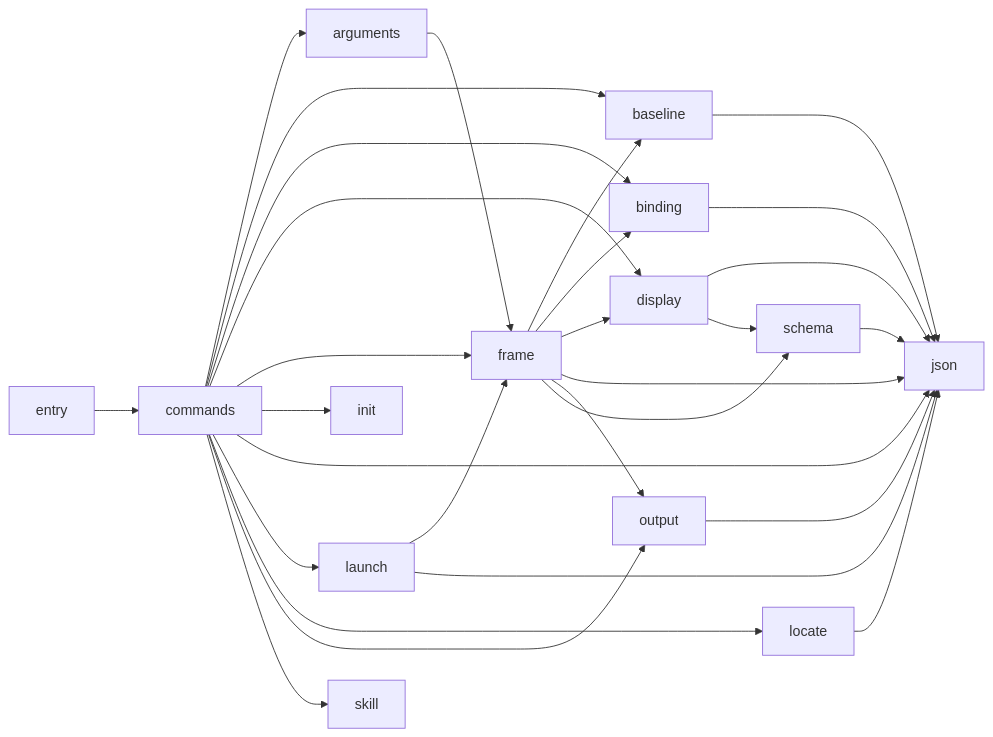
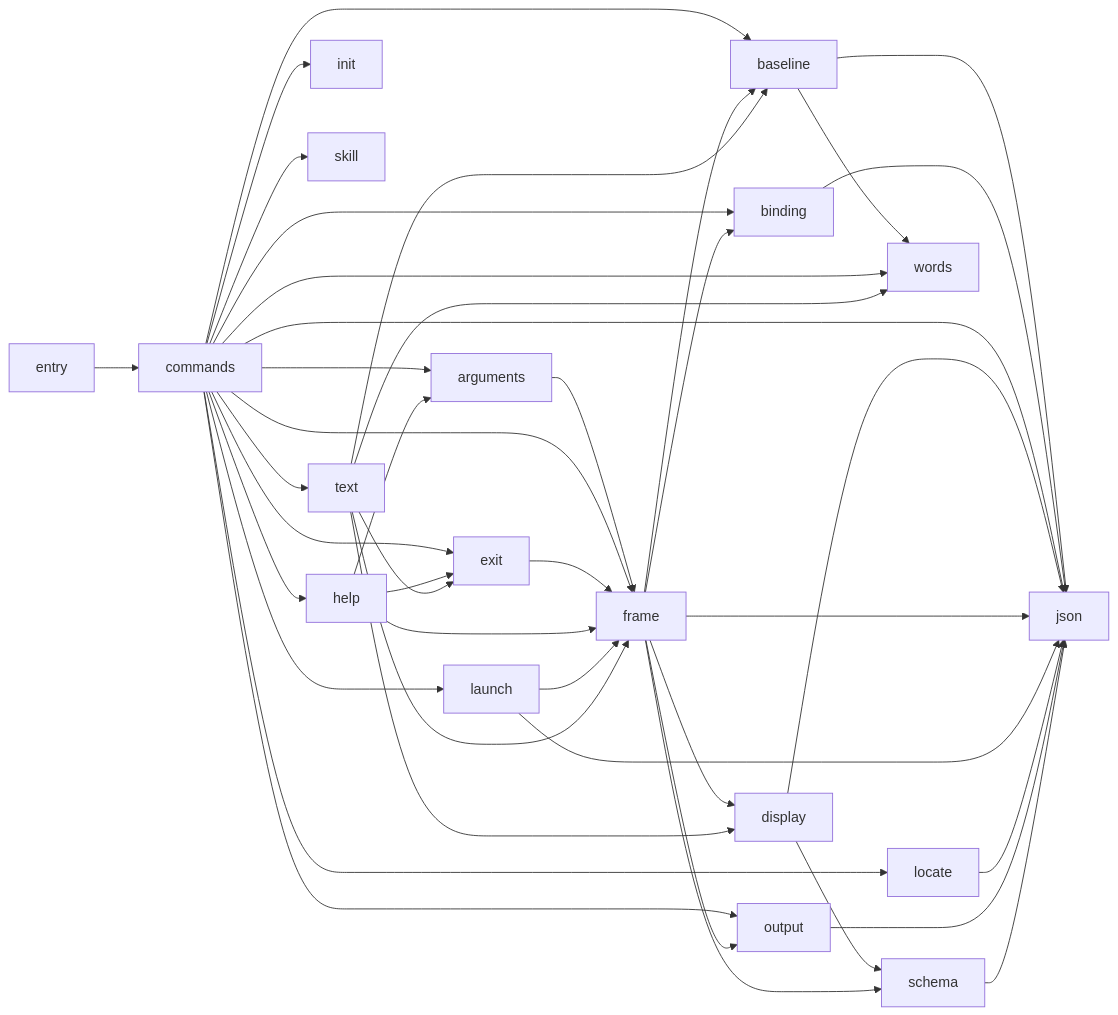
One commit to rapiddweller/archkeel changed the diagram in docs/architecture/shell.md. Above: the diagram before and after it, drawn with Mermaid. The commit also changed other lines of this file and 20 other files, not shown here.

Commit message:
Print one exit table, text for a person and a help for each command (AD-628, Part of #880)

````diff
--- a/docs/architecture/shell.md
+++ b/docs/architecture/shell.md
@@ -50,45 +54,62 @@
 ```mermaid
 flowchart LR
     n_0["arguments"]
     n_1["baseline"]
     n_2["binding"]
     n_3["commands"]
     n_4["display"]
     n_5["entry"]
-    n_6["frame"]
-    n_7["init"]
-    n_8["json"]
-    n_9["launch"]
-    n_10["locate"]
-    n_11["output"]
-    n_12["schema"]
-    n_13["skill"]
-    n_0 --> n_6
-    n_1 --> n_8
-    n_2 --> n_8
+    n_6["exit"]
+    n_7["frame"]
+    n_8["help"]
+    n_9["init"]
+    n_10["json"]
+    n_11["launch"]
+    n_12["locate"]
+    n_13["output"]
+    n_14["schema"]
+    n_15["skill"]
+    n_16["text"]
+    n_17["words"]
+    n_0 --> n_7
+    n_1 --> n_10
+    n_1 --> n_17
+    n_2 --> n_10
     n_3 --> n_0
     n_3 --> n_1
     n_3 --> n_2
-    n_3 --> n_4
     n_3 --> n_6
     n_3 --> n_7
     n_3 --> n_8
     n_3 --> n_9
     n_3 --> n_10
     n_3 --> n_11
+    n_3 --> n_12
     n_3 --> n_13
-    n_4 --> n_8
-    n_4 --> n_12
+    n_3 --> n_15
+    n_3 --> n_16
+    n_3 --> n_17
+    n_4 --> n_10
+    n_4 --> n_14
     n_5 --> n_3
-    n_6 --> n_1
-    n_6 --> n_2
-    n_6 --> n_4
-    n_6 --> n_8
-    n_6 --> n_11
-    n_6 --> n_12
-    n_9 --> n_6
-    n_9 --> n_8
-    n_10 --> n_8
-    n_11 --> n_8
-    n_12 --> n_8
+    n_6 --> n_7
+    n_7 --> n_1
+    n_7 --> n_2
+    n_7 --> n_4
+    n_7 --> n_10
+    n_7 --> n_13
+    n_7 --> n_14
+    n_8 --> n_0
+    n_8 --> n_6
+    n_8 --> n_7
+    n_11 --> n_7
+    n_11 --> n_10
+    n_12 --> n_10
+    n_13 --> n_10
+    n_14 --> n_10
+    n_16 --> n_1
+    n_16 --> n_4
+    n_16 --> n_6
+    n_16 --> n_7
+    n_16 --> n_17
 ```
````
